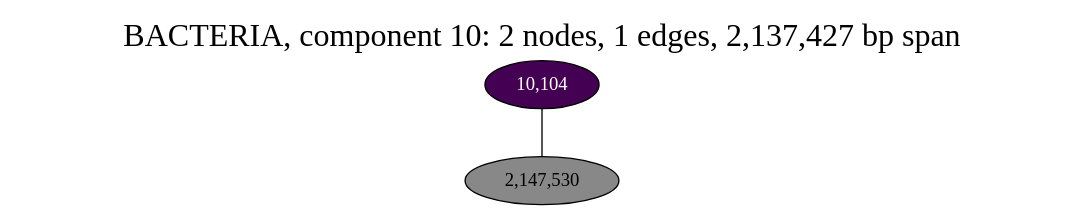
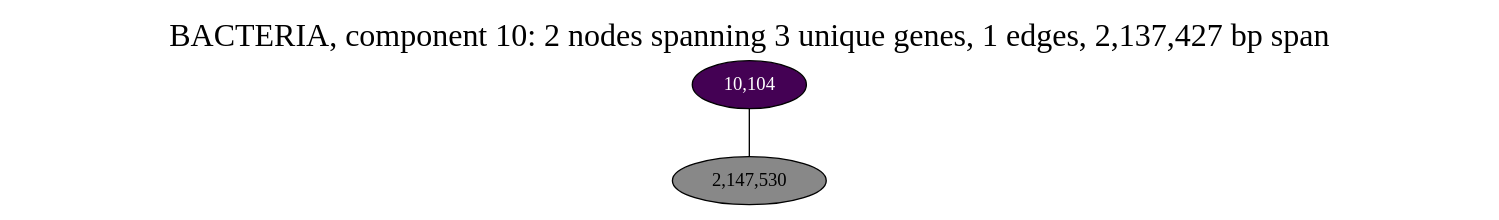
One commit to fedarko/sheepgut changed the diagram in notebooks/graphs/BACTERIA_cc10.gv. Above: the diagram before and after it, drawn with Graphviz. The commit also changed 63 other files, not shown here.

Commit message:
gene info in graph labels!

```diff
--- a/notebooks/graphs/BACTERIA_cc10.gv
+++ b/notebooks/graphs/BACTERIA_cc10.gv
@@ -1,11 +1,11 @@
 graph BACTERIA_cc10 {
 	overlap="prism50";
 	outputorder="edgesfirst";
 	node [style="filled"];
-	label="BACTERIA, component 10: 2 nodes, 1 edges, 2,137,427 bp span";
+	label="BACTERIA, component 10: 2 nodes spanning 3 unique genes, 1 edges, 2,137,427 bp span";
 	labelloc="t";
 	fontsize=24;
 	"10,104" [fillcolor="#440154", fontcolor="#ffffff"];
 	"2,147,530" [fillcolor="#888888", fontcolor="#000000"];
 	"10,104" -- "2,147,530";
 }
```
